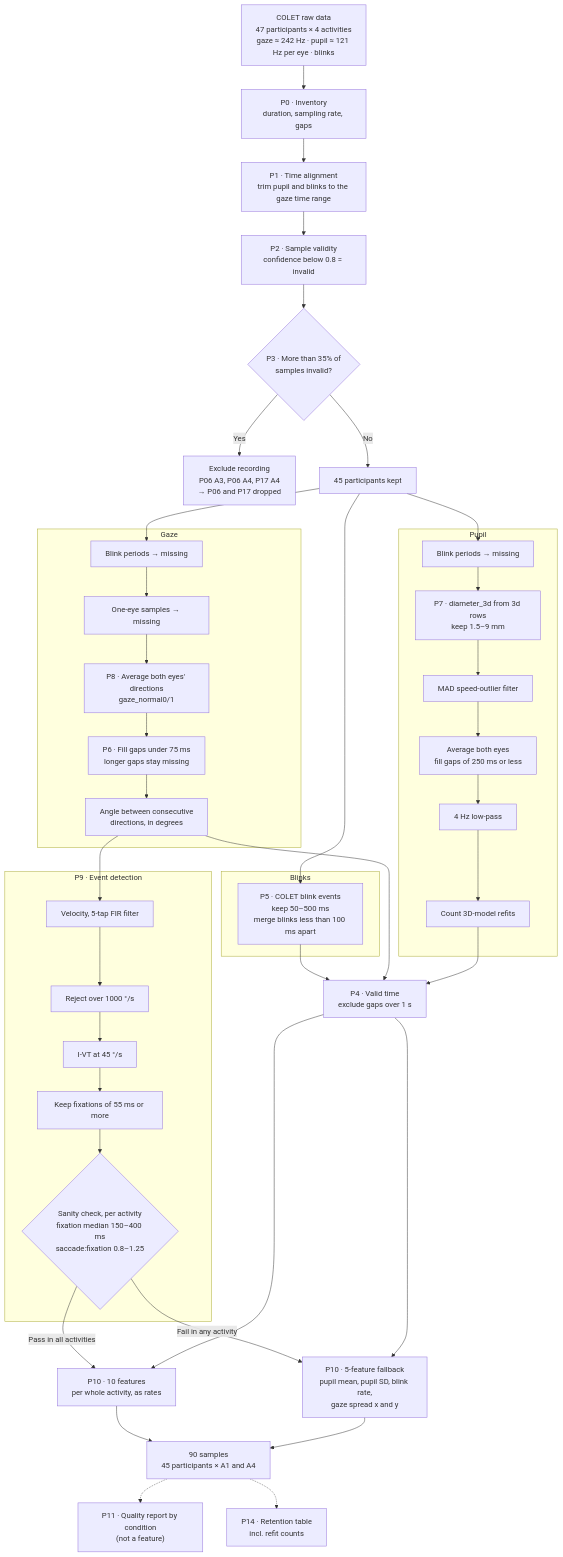
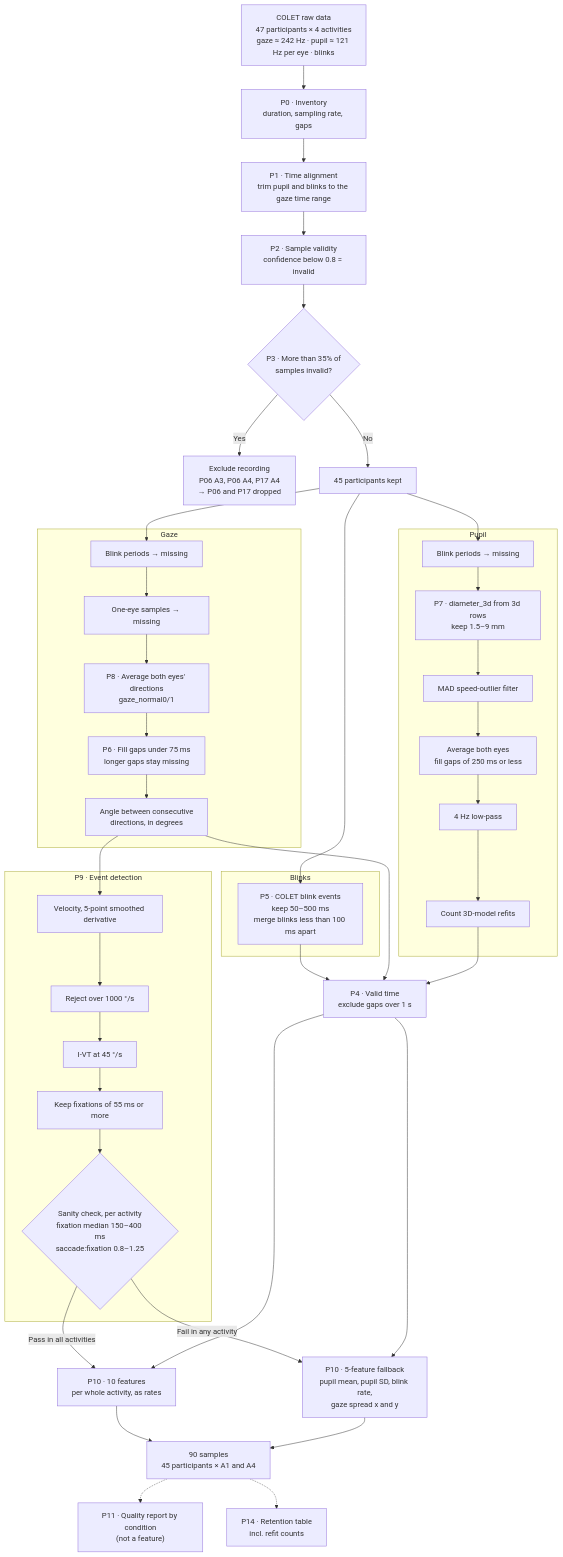
One commit to elmigue21/csrp changed the second of 3 diagrams in docs/methodology-flowcharts.md. Above: the diagram before and after it, drawn with Mermaid. The commit also changed other lines of this file and 48 other files, not shown here.

````diff
--- a/docs/methodology-flowcharts.md
+++ b/docs/methodology-flowcharts.md
@@ -43,62 +43,62 @@
 ```mermaid
 flowchart TD
     RAW["COLET raw data<br/>47 participants × 4 activities<br/>gaze ≈ 242 Hz · pupil ≈ 121 Hz per eye · blinks"]
 
     RAW --> P0["P0 · Inventory<br/>duration, sampling rate, gaps"]
     P0 --> P1["P1 · Time alignment<br/>trim pupil and blinks to the gaze time range"]
     P1 --> P2["P2 · Sample validity<br/>confidence below 0.8 = invalid"]
     P2 --> P3{"P3 · More than 35% of<br/>samples invalid?"}
     P3 -- "Yes" --> EXC["Exclude recording<br/>P06 A3, P06 A4, P17 A4<br/>→ P06 and P17 dropped"]
     P3 -- "No" --> KEEP["45 participants kept"]
 
     KEEP --> BL
     KEEP --> GZ
     KEEP --> PU
 
     subgraph BLINKS["Blinks"]
         BL["P5 · COLET blink events<br/>keep 50–500 ms<br/>merge blinks less than 100 ms apart"]
     end
 
     subgraph GAZE["Gaze"]
         GZ["Blink periods → missing"]
         GZ --> G1["One-eye samples → missing"]
         G1 --> G2["P8 · Average both eyes' directions<br/>gaze_normal0/1"]
         G2 --> G3["P6 · Fill gaps under 75 ms<br/>longer gaps stay missing"]
         G3 --> G4["Angle between consecutive<br/>directions, in degrees"]
     end
 
     subgraph EVENTS["P9 · Event detection"]
-        E1["Velocity, 5-tap FIR filter"]
+        E1["Velocity, 5-point smoothed derivative"]
         E1 --> E2["Reject over 1000 °/s"]
         E2 --> E3["I-VT at 45 °/s"]
         E3 --> E4["Keep fixations of 55 ms or more"]
         E4 --> SC{"Sanity check, per activity<br/>fixation median 150–400 ms<br/>saccade:fixation 0.8–1.25"}
     end
 
     subgraph PUPIL["Pupil"]
         PU["Blink periods → missing"]
         PU --> U1["P7 · diameter_3d from 3d rows<br/>keep 1.5–9 mm"]
         U1 --> U2["MAD speed-outlier filter"]
         U2 --> U3["Average both eyes<br/>fill gaps of 250 ms or less"]
         U3 --> U4["4 Hz low-pass"]
         U4 --> U5["Count 3D-model refits"]
     end
 
     G4 --> E1
     BL --> VT
     G4 --> VT
     U5 --> VT
 
     VT["P4 · Valid time<br/>exclude gaps over 1 s"]
 
     SC -- "Pass in all activities" --> F10["P10 · 10 features<br/>per whole activity, as rates"]
     SC -- "Fail in any activity" --> F5["P10 · 5-feature fallback<br/>pupil mean, pupil SD, blink rate,<br/>gaze spread x and y"]
     VT --> F10
     VT --> F5
 
     F10 --> OUT["90 samples<br/>45 participants × A1 and A4"]
     F5 --> OUT
 
     OUT -.-> QR["P11 · Quality report by condition<br/>(not a feature)"]
     OUT -.-> RT["P14 · Retention table<br/>incl. refit counts"]
 ```
````
